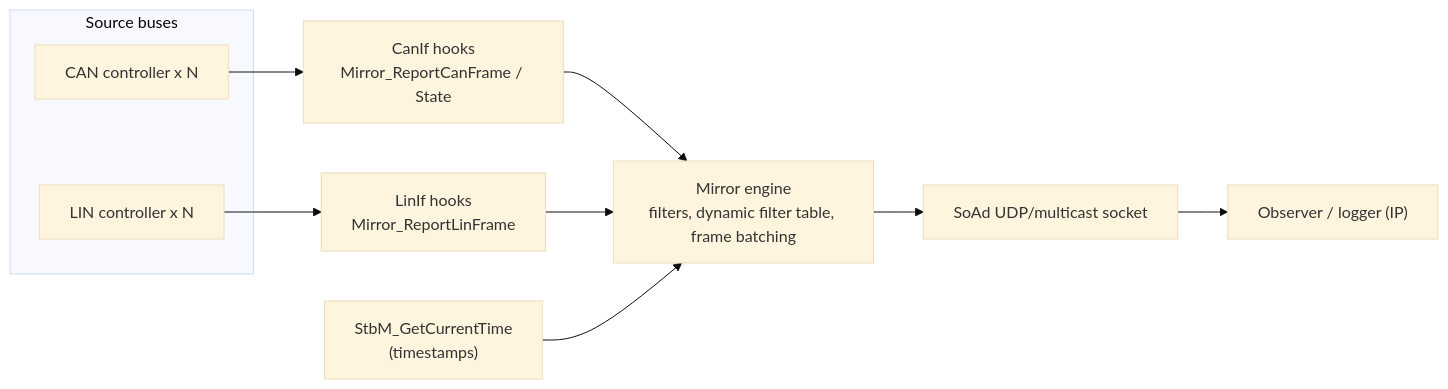
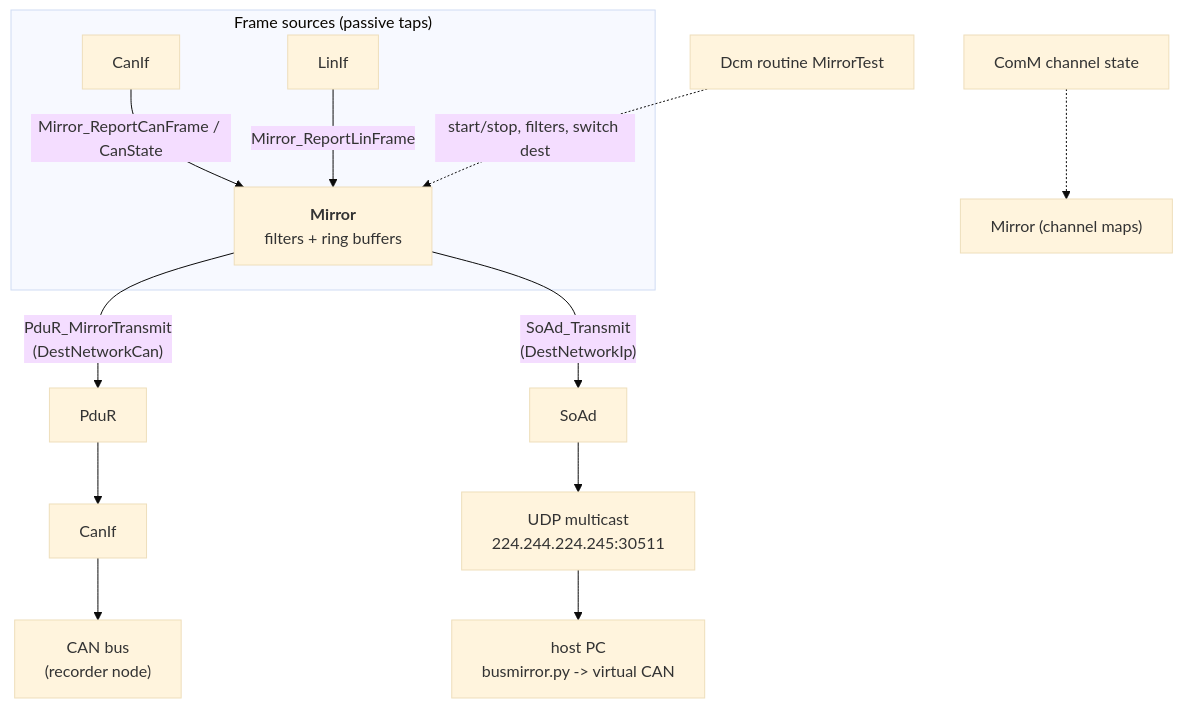
Before and after one commit to autoas/as: the first of 3 diagrams in doc/EN/Mirror.md, drawn with Mermaid (base theme). The commit also changed other lines of this file and 518 other files, not shown here.

````diff
--- a/doc/EN/Mirror.md
+++ b/doc/EN/Mirror.md
@@ -14,14 +68,13 @@
 ```mermaid
-flowchart LR
-    subgraph SRC["Source buses"]
-        CAN["CAN controller x N"]
-        LIN["LIN controller x N"]
+flowchart TB
+    subgraph Sources["Frame sources (passive taps)"]
+        CanIf["CanIf"] -->|"Mirror_ReportCanFrame / CanState"| M
+        LinIf["LinIf"] -->|"Mirror_ReportLinFrame"| M
     end
-    CAN --> CANIF["CanIf hooks<br/>Mirror_ReportCanFrame / State"]
-    LIN --> LINIF["LinIf hooks<br/>Mirror_ReportLinFrame"]
-    CANIF --> MIR["Mirror engine<br/>filters, dynamic filter table, frame batching"]
-    LINIF --> MIR
-    STBM["StbM_GetCurrentTime<br/>(timestamps)"] --> MIR
-    MIR --> SOAD["SoAd UDP/multicast socket"]
-    SOAD --> OBS["Observer / logger (IP)"]
+    M["<b>Mirror</b><br/>filters + ring buffers"]
+    M -->|"PduR_MirrorTransmit<br/>(DestNetworkCan)"| PduR["PduR"] --> CanIf2["CanIf"] --> CAN["CAN bus<br/>(recorder node)"]
+    M -->|"SoAd_Transmit<br/>(DestNetworkIp)"| SoAd["SoAd"] --> UDP["UDP multicast<br/>224.244.224.245:30511"]
+    UDP --> PC["host PC<br/>busmirror.py -> virtual CAN"]
+    Dcm["Dcm routine MirrorTest"] -.->|"start/stop, filters, switch dest"| M
+    ComM["ComM channel state"] -.-> Mirror2["Mirror (channel maps)"]
 ```
````
